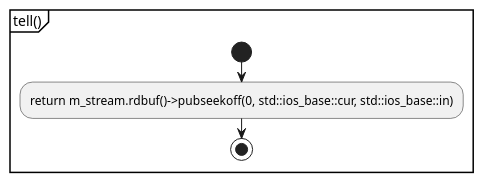
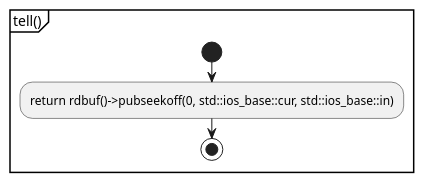
The fifth of 12 diagrams in document/document_reader/ipdfstream/tokenizer/istream_extended/istream_extended.activity.pu (KodaiYM/PDFReader), drawn with PlantUML before and after one commit. The commit also changed other lines of this file and 38 other files, not shown here.

```diff
--- a/document/document_reader/ipdfstream/tokenizer/istream_extended/istream_extended.activity.pu
+++ b/document/document_reader/ipdfstream/tokenizer/istream_extended/istream_extended.activity.pu
@@ -48,7 +45,7 @@
 @startuml tell
 partition "tell()" {
 start
-	:return m_stream.rdbuf()->pubseekoff(0, std::ios_base::cur, std::ios_base::in);
+	:return rdbuf()->pubseekoff(0, std::ios_base::cur, std::ios_base::in);
 stop
 }
 @enduml
```
